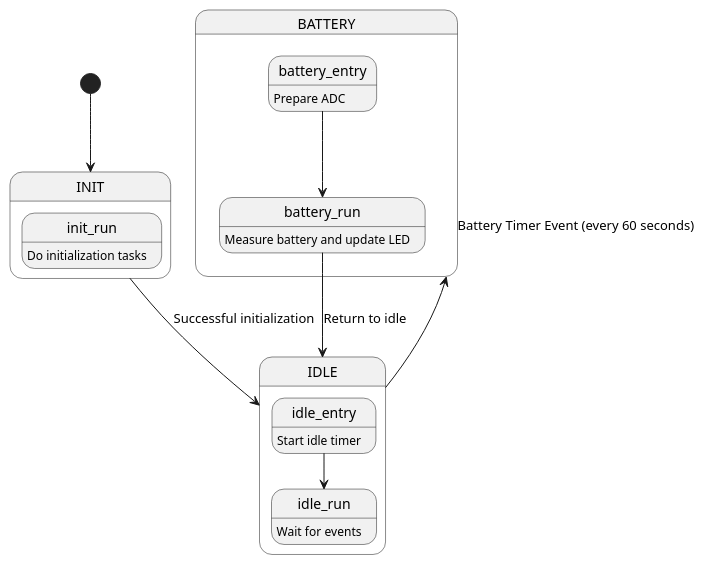
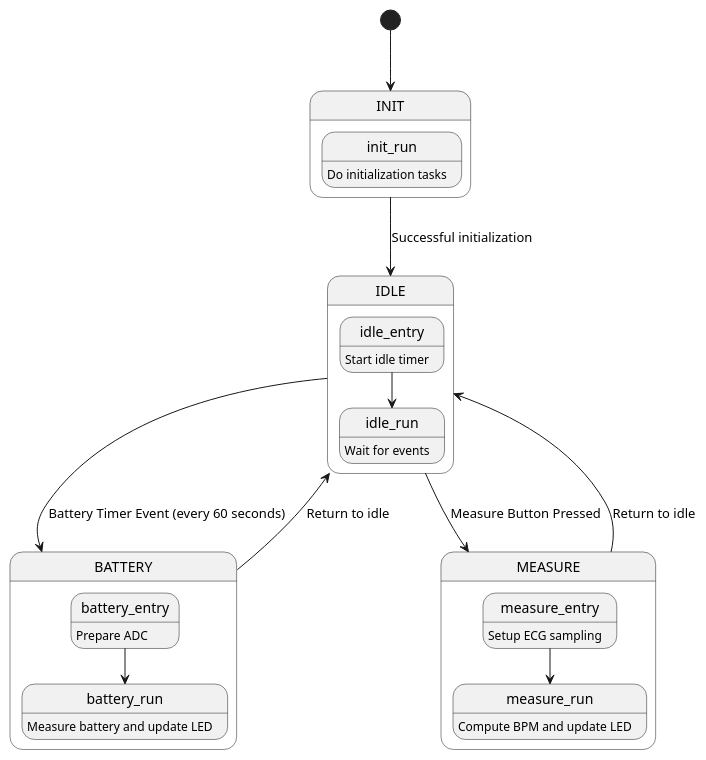
One commit to ArshSingh02/ecg-temp-ble-project changed the diagram in state_diagram.puml. Above: the diagram before and after it, drawn with PlantUML. The commit also changed 4 other files, not shown here.

Commit message:
Finished testing heart rate and 25 percent duty cycle for LED2. Updated state diagram to include measure state (heart rate only).

```diff
--- a/state_diagram.puml
+++ b/state_diagram.puml
@@ -1,27 +1,35 @@
 @startuml
 top to bottom direction
 
 [*] --> INIT
 
 state INIT {
     init_run: Do initialization tasks
 }
 
 INIT --> IDLE : Successful initialization
 
 state IDLE {
-    idle_entry: Start idle timer
+    idle_entry: Start idle timer  
     idle_entry --> idle_run
-    idle_run: Wait for events
+    idle_run: Wait for events  
 }
 
 IDLE --> BATTERY : Battery Timer Event (every 60 seconds)
+IDLE --> MEASURE : Measure Button Pressed
 
 state BATTERY {
-    battery_entry: Prepare ADC
-    battery_entry --> battery_run
-    battery_run: Measure battery and update LED
-    battery_run --> IDLE : Return to idle
+    battery_entry: Prepare ADC  
+    battery_entry --> battery_run  
+    battery_run: Measure battery and update LED  
 }
+BATTERY --> IDLE : Return to idle
+
+state MEASURE {
+    measure_entry: Setup ECG sampling  
+    measure_entry --> measure_run  
+    measure_run: Compute BPM and update LED  
+}
+MEASURE --> IDLE : Return to idle
 
 @enduml
```
